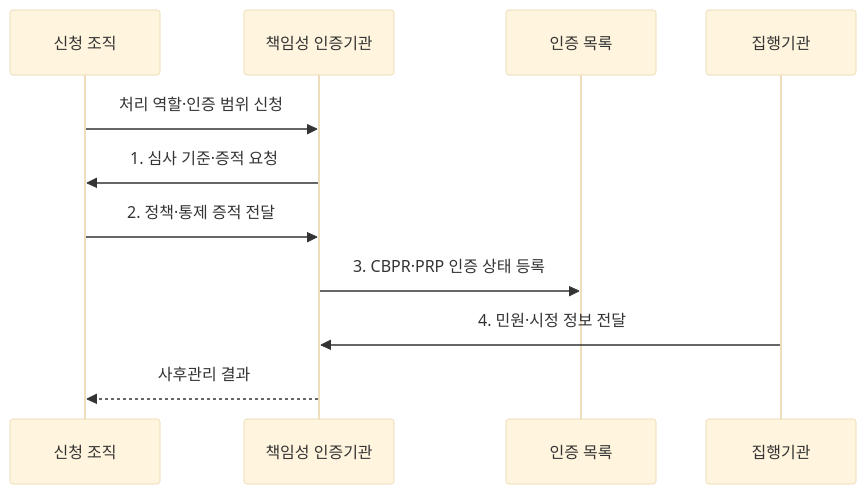
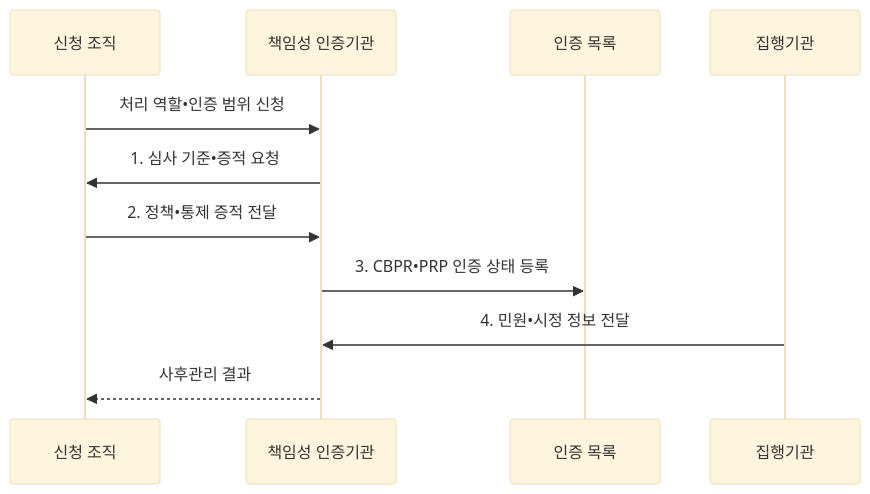
The second of 2 diagrams in src/content/docs/notes/05-security/102_cbpr_cross_border_privacy_rules.md (agnusdei1207/knowledge-base), drawn with Mermaid (base theme) before and after one commit. The commit also changed other lines of this file and 953 other files, not shown here.

````diff
--- a/src/content/docs/notes/05-security/102_cbpr_cross_border_privacy_rules.md
+++ b/src/content/docs/notes/05-security/102_cbpr_cross_border_privacy_rules.md
@@ -98,13 +98,13 @@
 ```mermaid
 sequenceDiagram
   participant O as 신청 조직
   participant A as 책임성 인증기관
   participant D as 인증 목록
   participant E as 집행기관
-  O->>A: 처리 역할·인증 범위 신청
-  A->>O: 1. 심사 기준·증적 요청
-  O->>A: 2. 정책·통제 증적 전달
-  A->>D: 3. CBPR·PRP 인증 상태 등록
-  E->>A: 4. 민원·시정 정보 전달
+  O->>A: 처리 역할•인증 범위 신청
+  A->>O: 1. 심사 기준•증적 요청
+  O->>A: 2. 정책•통제 증적 전달
+  A->>D: 3. CBPR•PRP 인증 상태 등록
+  E->>A: 4. 민원•시정 정보 전달
   A-->>O: 사후관리 결과
 ```
````
